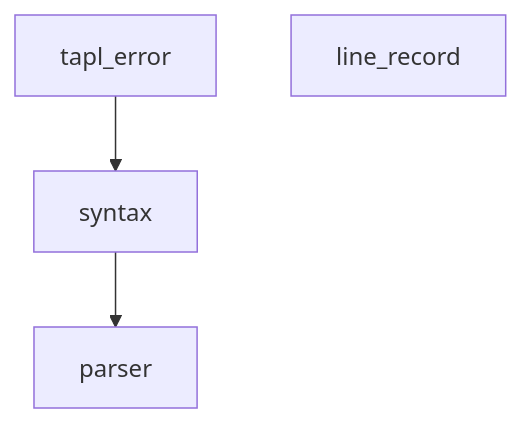
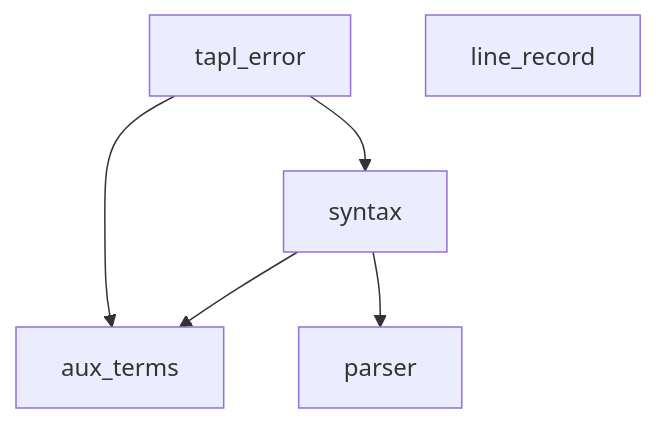
The diagram in python/tapl-lang/src/tapl_lang/core/README.md (tapl-org/tapl), drawn with Mermaid before and after one commit. The commit also changed other lines of this file and 1 other file, not shown here.

Commit message:
Update README.md and refactor aux_terms.py: enhance dependency graph and implement Block class functionality

````diff
--- a/python/tapl-lang/src/tapl_lang/core/README.md
+++ b/python/tapl-lang/src/tapl_lang/core/README.md
@@ -13,6 +11,6 @@
 ```mermaid
 graph TD;
-    tapl_error-->syntax;
-    syntax-->parser;
+    tapl_error-->syntax & aux_terms;
+    syntax-->aux_terms & parser;
     line_record;
 ```
````
